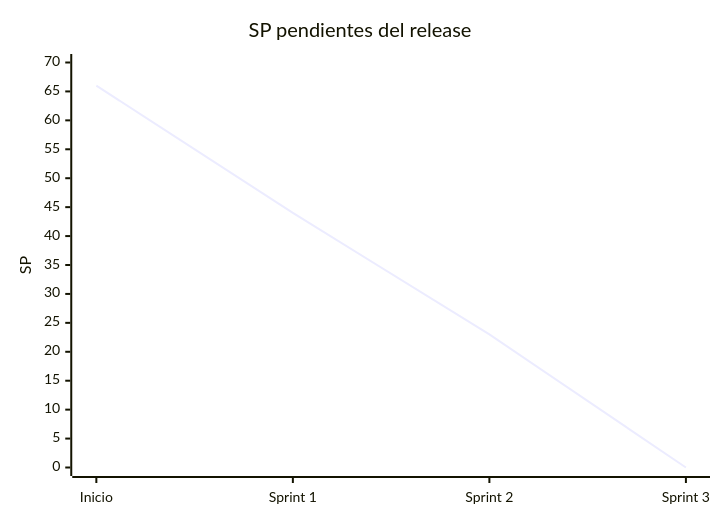
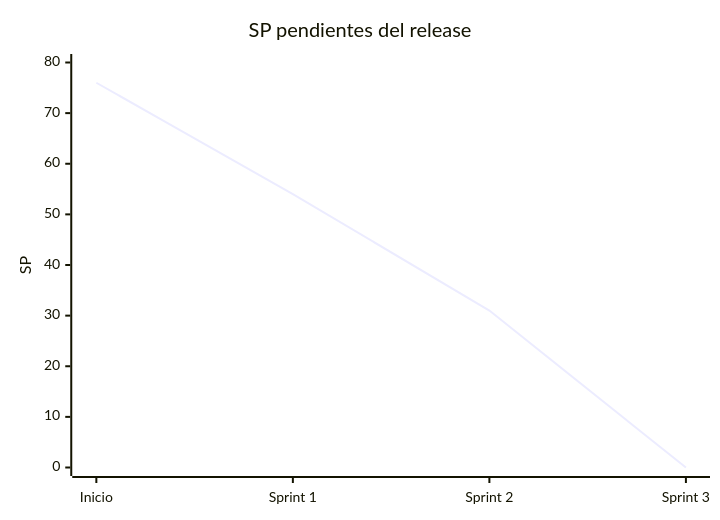
The diagram in docs/sprints/README.md (GabouLC/dq-center), drawn with Mermaid before and after one commit. The commit also changed other lines of this file and 32 other files, not shown here.

````diff
--- a/docs/sprints/README.md
+++ b/docs/sprints/README.md
@@ -55,7 +55,7 @@
 ```mermaid
 xychart-beta
     title "SP pendientes del release"
     x-axis ["Inicio", "Sprint 1", "Sprint 2", "Sprint 3"]
-    y-axis "SP" 0 --> 70
-    line [66, 44, 23, 0]
+    y-axis "SP" 0 --> 80
+    line [76, 54, 31, 0]
 ```
````
